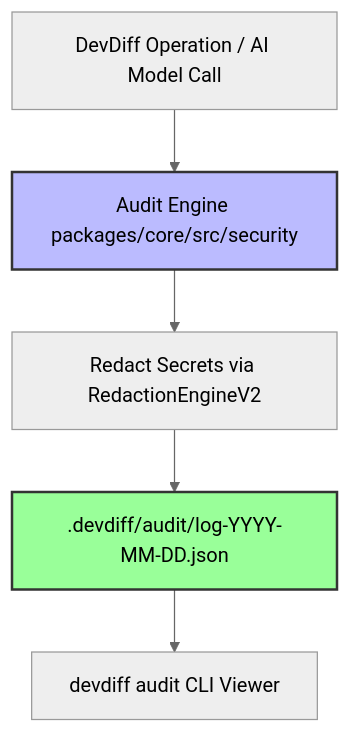
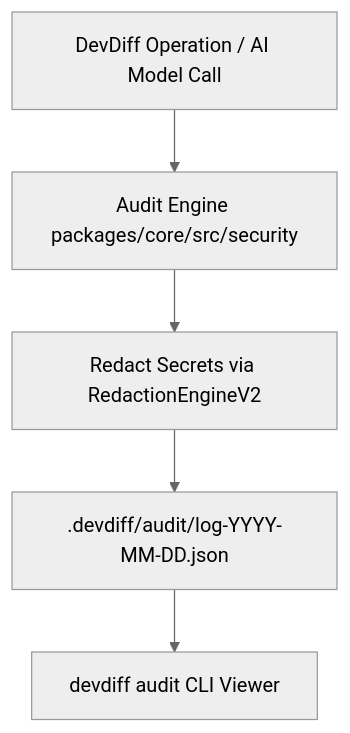
The diagram in docs/compliance/audit-trail.md (EldrexDelosReyesBula/DevDiff), drawn with Mermaid (neutral theme) before and after one commit. The commit also changed other lines of this file and 187 other files, not shown here.

First line of the commit message:
release: v1.8.0 — multi-registry distribution, plugin architecture & documentation overhaul

````diff
--- a/docs/compliance/audit-trail.md
+++ b/docs/compliance/audit-trail.md
@@ -9,12 +9,9 @@
 ```mermaid
 flowchart TD
     Operation[DevDiff Operation / AI Model Call] --> AuditEngine[Audit Engine packages/core/src/security]
 
     AuditEngine --> Redact[Redact Secrets via RedactionEngineV2]
     Redact --> FileLog[.devdiff/audit/log-YYYY-MM-DD.json]
 
     FileLog --> CLI[devdiff audit CLI Viewer]
-
-    style AuditEngine fill:#bbf,stroke:#333,stroke-width:2px
-    style FileLog fill:#9f9,stroke:#333,stroke-width:2px
 ```
````
